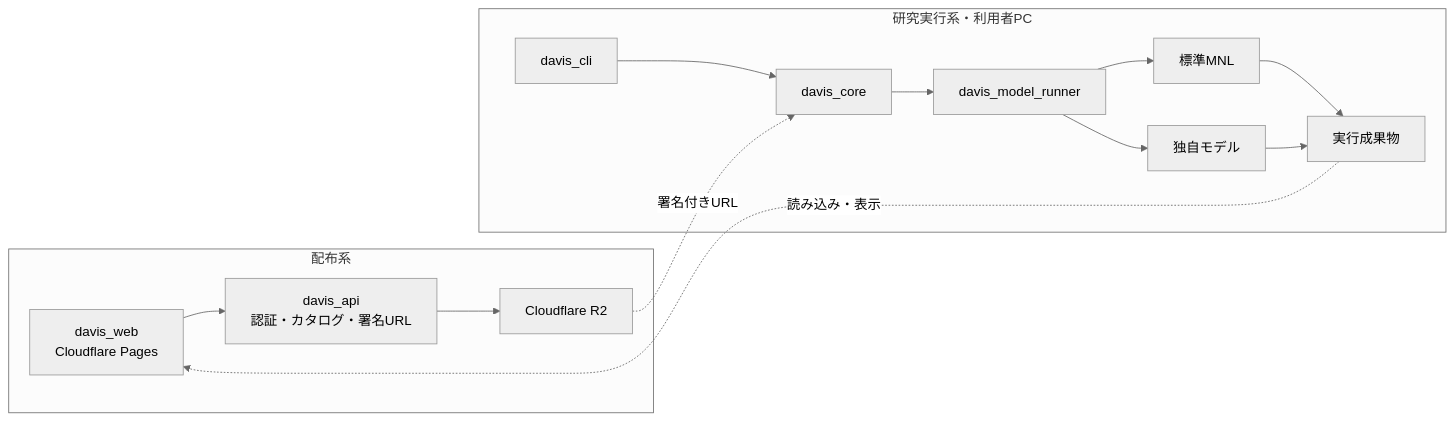
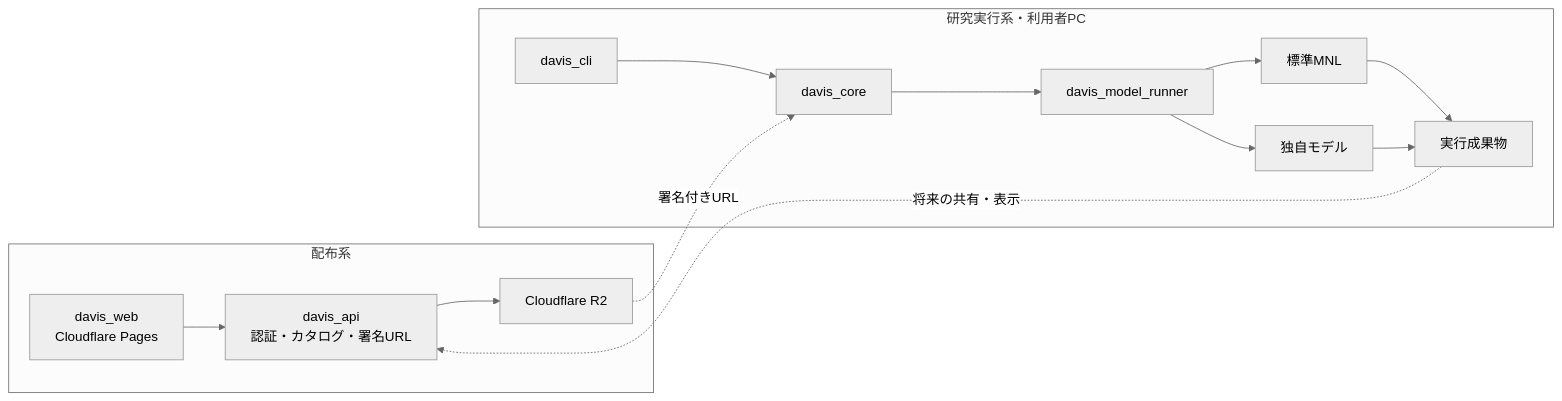
One commit to bin-utokyo/davis changed the second of 2 diagrams in docs/davis-platform-concept.md. Above: the diagram before and after it, drawn with Mermaid (neutral theme). The commit also changed other lines of this file, not shown here.

````diff
--- a/docs/davis-platform-concept.md
+++ b/docs/davis-platform-concept.md
@@ -196,24 +250,24 @@
 ```mermaid
 flowchart LR
     subgraph Cloud["配布系"]
         Web["davis_web<br/>Cloudflare Pages"]
         API["davis_api<br/>認証・カタログ・署名URL"]
         R2["Cloudflare R2"]
         Web --> API --> R2
     end
 
     subgraph Local["研究実行系・利用者PC"]
         CLI["davis_cli"]
         Core["davis_core"]
         Runner["davis_model_runner"]
         ModelA["標準MNL"]
         ModelB["独自モデル"]
         Artifacts["実行成果物"]
         CLI --> Core --> Runner
         Runner --> ModelA --> Artifacts
         Runner --> ModelB --> Artifacts
     end
 
     R2 -. "署名付きURL" .-> Core
-    Artifacts -. "読み込み・表示" .-> Web
+    Artifacts -. "将来の共有・表示" .-> API
 ```
````
